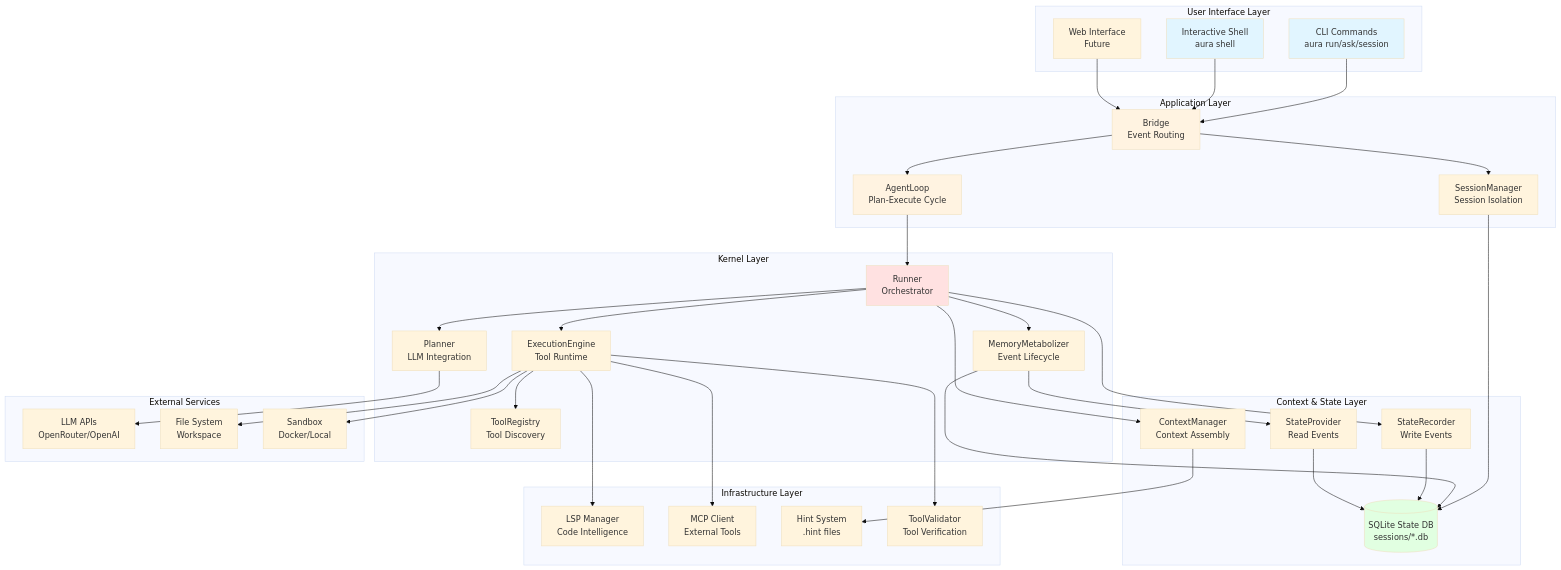
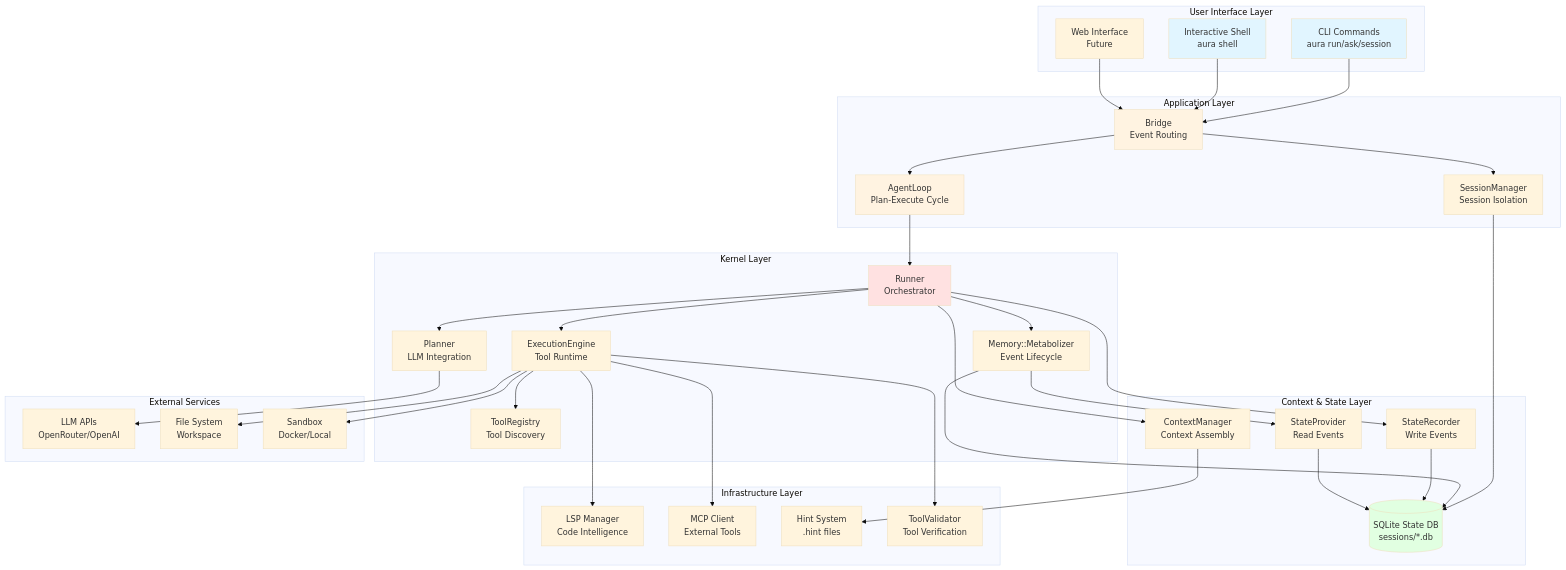
One commit to zc6600/aura changed the first of 5 diagrams in docs/developer-guide/architecture.md. Above: the diagram before and after it, drawn with Mermaid (base theme). The commit also changed other lines of this file and 22 other files, not shown here.

````diff
--- a/docs/developer-guide/architecture.md
+++ b/docs/developer-guide/architecture.md
@@ -12,82 +12,82 @@
 ```mermaid
 graph TB
     subgraph "User Interface Layer"
         CLI[CLI Commands<br/>aura run/ask/session]
         Shell[Interactive Shell<br/>aura shell]
         Web[Web Interface<br/>Future]
     end
     
     subgraph "Application Layer"
         Bridge[Bridge<br/>Event Routing]
         AgentLoop[AgentLoop<br/>Plan-Execute Cycle]
         SessionMgr[SessionManager<br/>Session Isolation]
     end
     
     subgraph "Kernel Layer"
         Runner[Runner<br/>Orchestrator]
         Planner[Planner<br/>LLM Integration]
-        Metabolizer[MemoryMetabolizer<br/>Event Lifecycle]
+        Metabolizer[Memory::Metabolizer<br/>Event Lifecycle]
         Engine[ExecutionEngine<br/>Tool Runtime]
         Registry[ToolRegistry<br/>Tool Discovery]
     end
     
     subgraph "Context & State Layer"
         StateRecorder[StateRecorder<br/>Write Events]
         StateProvider[StateProvider<br/>Read Events]
         State[(SQLite State DB<br/>sessions/*.db)]
         ContextMgr[ContextManager<br/>Context Assembly]
     end
     
     subgraph "Infrastructure Layer"
         LSP[LSP Manager<br/>Code Intelligence]
         MCP[MCP Client<br/>External Tools]
         Hints[Hint System<br/>.hint files]
         Validator[ToolValidator<br/>Tool Verification]
     end
     
     subgraph "External Services"
         LLM[LLM APIs<br/>OpenRouter/OpenAI]
         FileSystem[File System<br/>Workspace]
         Sandbox[Sandbox<br/>Docker/Local]
     end
     
     CLI --> Bridge
     Shell --> Bridge
     Web --> Bridge
     
     Bridge --> AgentLoop
     Bridge --> SessionMgr
     
     AgentLoop --> Runner
     SessionMgr --> State
     
     Runner --> Planner
     Runner --> Metabolizer
     Runner --> Engine
     Runner --> StateRecorder
     
     Engine --> Registry
     Engine --> Validator
     Engine --> LSP
     Engine --> MCP
     
     Metabolizer --> StateProvider
     Metabolizer --> State
     
     StateRecorder --> State
     StateProvider --> State
     
     Runner --> ContextMgr
     ContextMgr --> Hints
     
     Planner --> LLM
     Engine --> FileSystem
     Engine --> Sandbox
     
     style CLI fill:#e1f5ff
     style Shell fill:#e1f5ff
     style Bridge fill:#fff3e1
     style AgentLoop fill:#fff3e1
     style Runner fill:#ffe1e1
     style State fill:#e1ffe1
 ```
````
